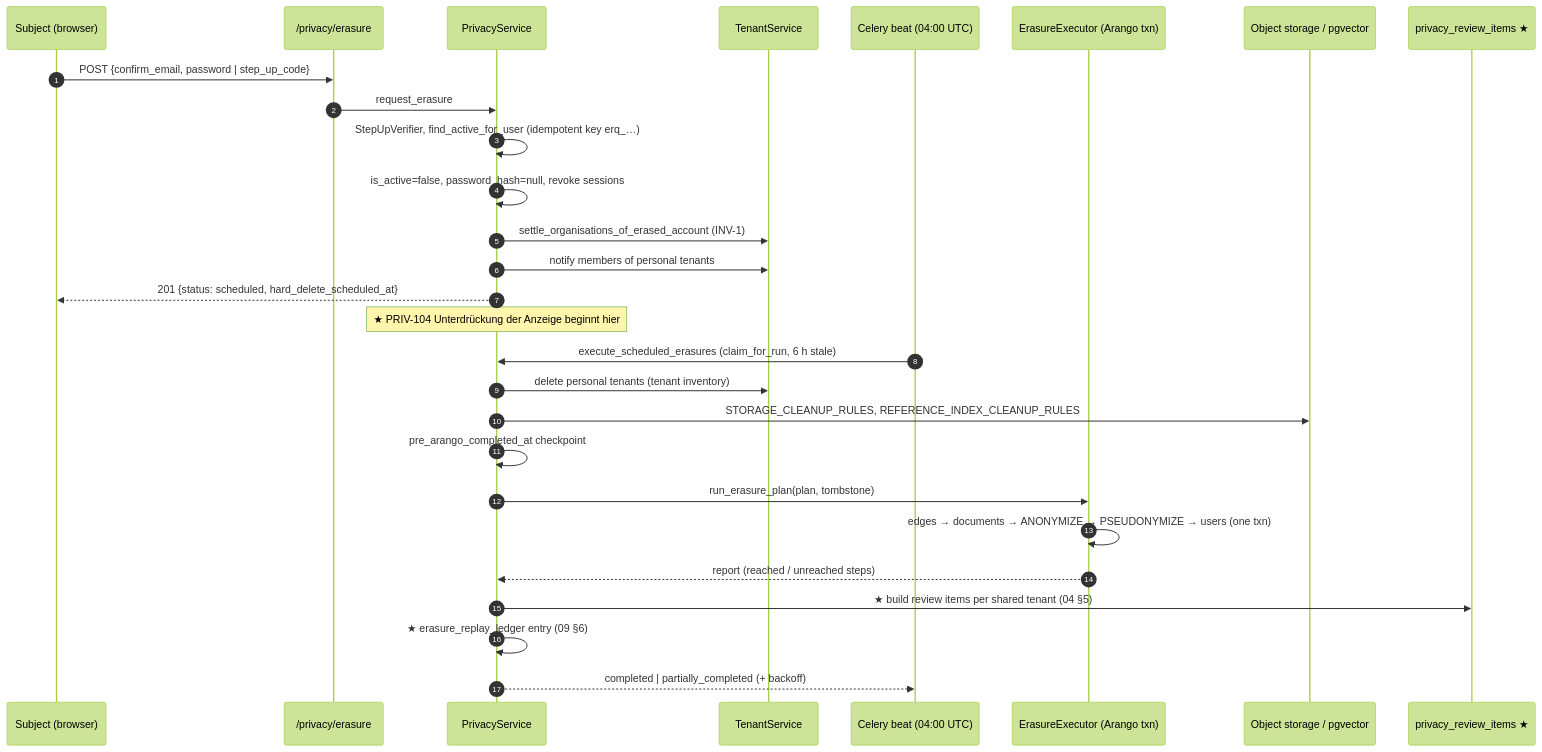
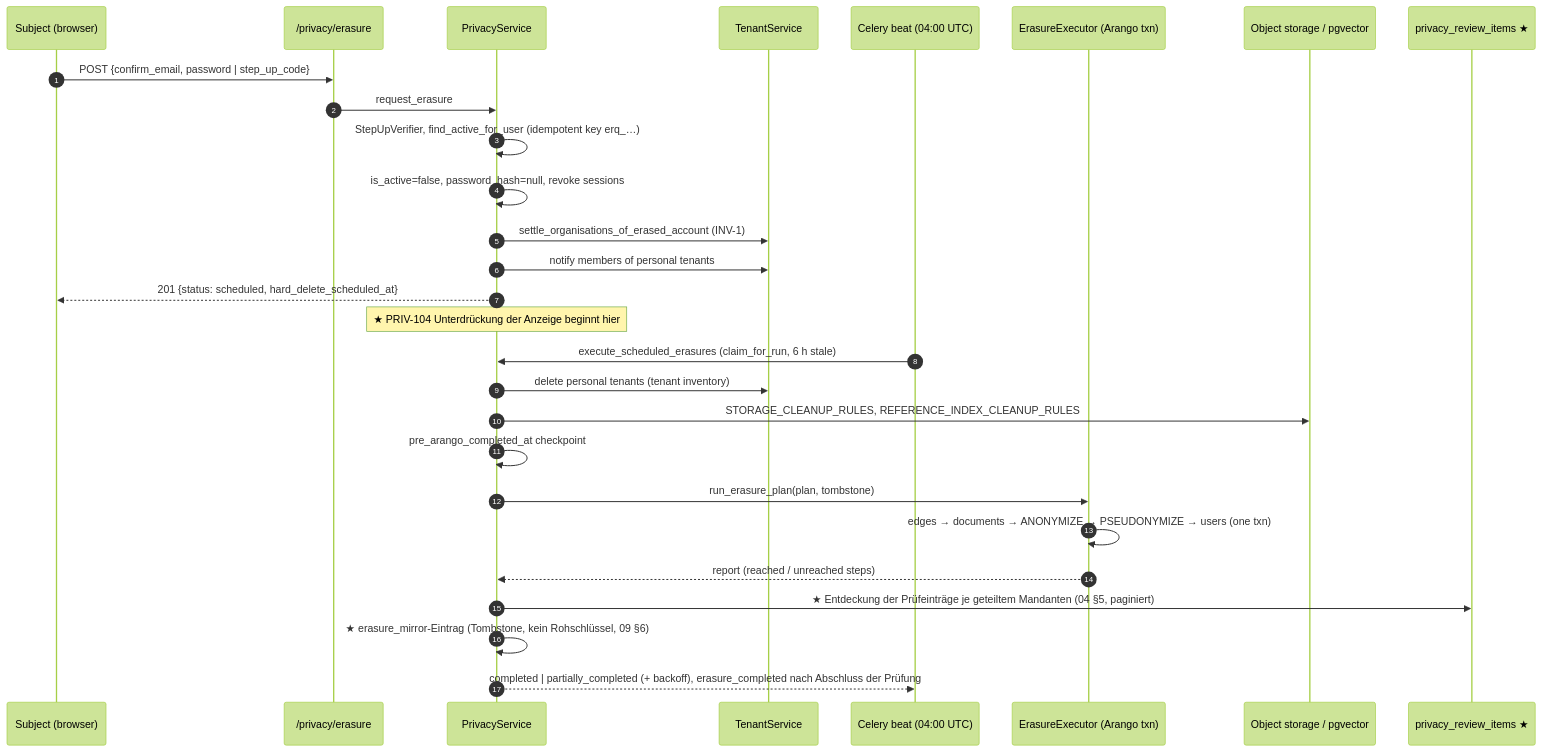
One commit to nolte/kamerplanter changed the fourth of 6 diagrams in spec/privacy/01-privacy-architecture.md. Above: the diagram before and after it, drawn with Mermaid (forest theme). The commit also changed other lines of this file and 16 other files, not shown here.

````diff
--- a/spec/privacy/01-privacy-architecture.md
+++ b/spec/privacy/01-privacy-architecture.md
@@ -344,31 +344,31 @@
 ```mermaid
 sequenceDiagram
     autonumber
     participant U as Subject (browser)
     participant API as /privacy/erasure
     participant PS as PrivacyService
     participant TS as TenantService
     participant Q as Celery beat (04:00 UTC)
     participant EX as ErasureExecutor (Arango txn)
     participant ST as Object storage / pgvector
     participant RQ as privacy_review_items ★
 
     U->>API: POST {confirm_email, password | step_up_code}
     API->>PS: request_erasure
     PS->>PS: StepUpVerifier, find_active_for_user (idempotent key erq_…)
     PS->>PS: is_active=false, password_hash=null, revoke sessions
     PS->>TS: settle_organisations_of_erased_account (INV-1)
     PS->>TS: notify members of personal tenants
     PS-->>U: 201 {status: scheduled, hard_delete_scheduled_at}
     Note over PS: ★ PRIV-104 Unterdrückung der Anzeige beginnt hier
     Q->>PS: execute_scheduled_erasures (claim_for_run, 6 h stale)
     PS->>TS: delete personal tenants (tenant inventory)
     PS->>ST: STORAGE_CLEANUP_RULES, REFERENCE_INDEX_CLEANUP_RULES
     PS->>PS: pre_arango_completed_at checkpoint
     PS->>EX: run_erasure_plan(plan, tombstone)
     EX->>EX: edges → documents → ANONYMIZE → PSEUDONYMIZE → users (one txn)
     EX-->>PS: report (reached / unreached steps)
-    PS->>RQ: ★ build review items per shared tenant (04 §5)
-    PS->>PS: ★ erasure_replay_ledger entry (09 §6)
-    PS-->>Q: completed | partially_completed (+ backoff)
+    PS->>RQ: ★ Entdeckung der Prüfeinträge je geteiltem Mandanten (04 §5, paginiert)
+    PS->>PS: ★ erasure_mirror-Eintrag (Tombstone, kein Rohschlüssel, 09 §6)
+    PS-->>Q: completed | partially_completed (+ backoff), erasure_completed nach Abschluss der Prüfung
 ```
````
